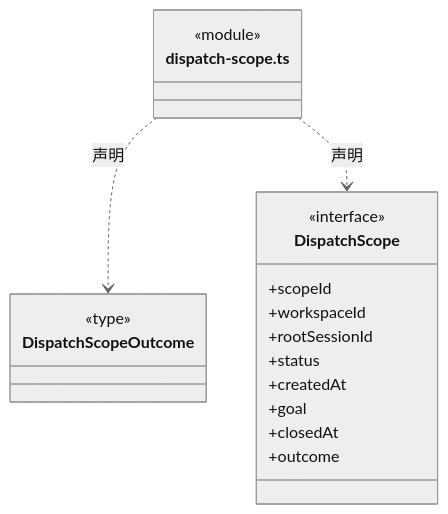
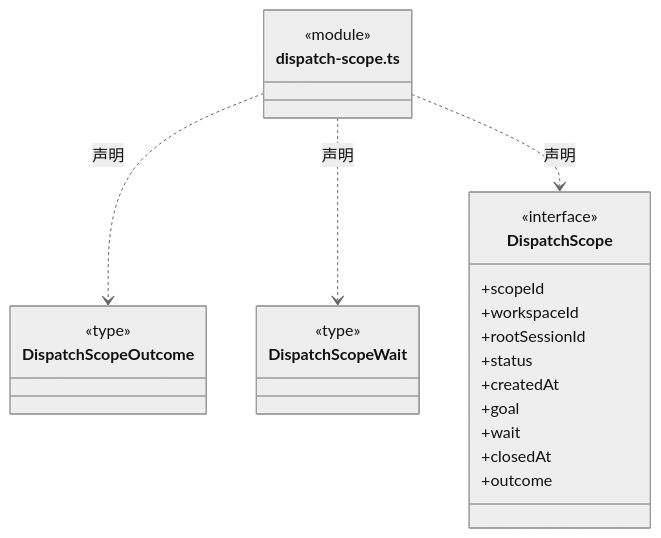
Before and after one commit to nan023062/cbim: the sixth of 43 diagrams in src/backend/core/tasks/ARCHITECTURE.md, drawn with Mermaid (neutral theme). The commit also changed other lines of this file and 49 other files, not shown here.

````diff
--- a/src/backend/core/tasks/ARCHITECTURE.md
+++ b/src/backend/core/tasks/ARCHITECTURE.md
@@ -151,23 +151,29 @@
 ```mermaid
 classDiagram
 class N_src_backend_core_tasks_dispatch_scope_ts["dispatch-scope.ts"] {
   <<module>>
 }
 class N_src_backend_core_tasks_dispatch_scope_ts_DispatchScopeOutcome["DispatchScopeOutcome"] {
   <<type>>
 
 }
 N_src_backend_core_tasks_dispatch_scope_ts ..> N_src_backend_core_tasks_dispatch_scope_ts_DispatchScopeOutcome : 声明
+class N_src_backend_core_tasks_dispatch_scope_ts_DispatchScopeWait["DispatchScopeWait"] {
+  <<type>>
+
+}
+N_src_backend_core_tasks_dispatch_scope_ts ..> N_src_backend_core_tasks_dispatch_scope_ts_DispatchScopeWait : 声明
 class N_src_backend_core_tasks_dispatch_scope_ts_DispatchScope["DispatchScope"] {
   <<interface>>
   +scopeId
   +workspaceId
   +rootSessionId
   +status
   +createdAt
   +goal
+  +wait
   +closedAt
   +outcome
 }
 N_src_backend_core_tasks_dispatch_scope_ts ..> N_src_backend_core_tasks_dispatch_scope_ts_DispatchScope : 声明
 ```
````
